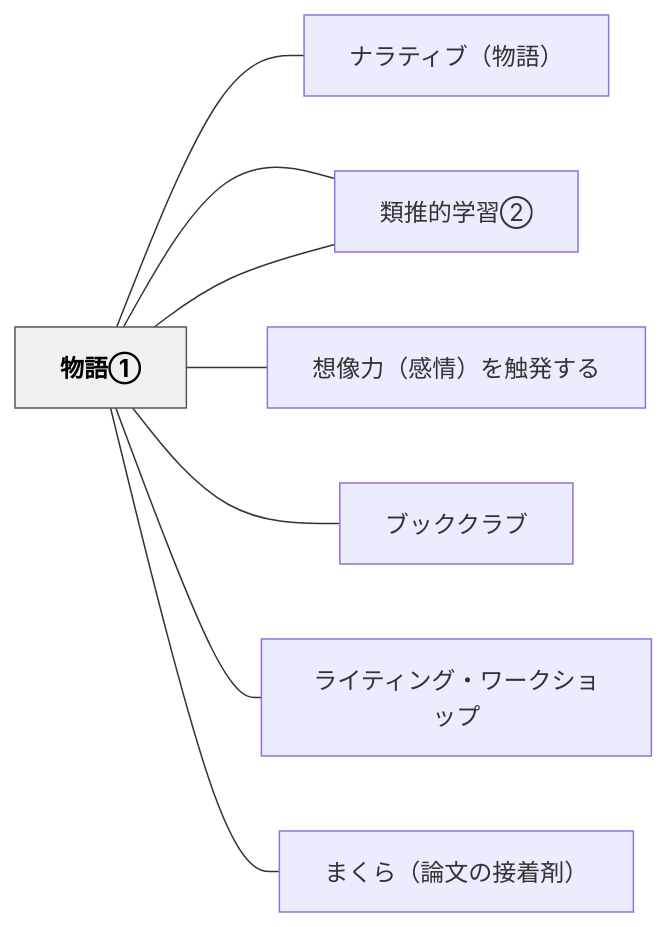
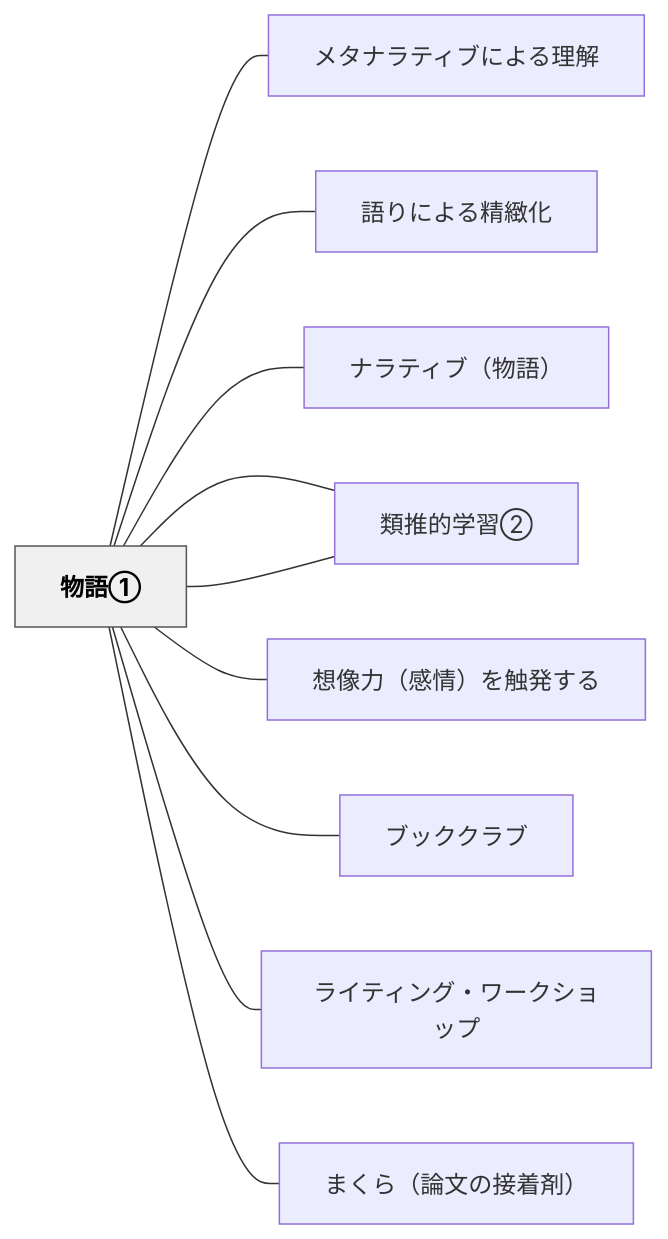
The diagram in content/パタン/物語①.md (unknownthings-ed-patterns/unknownthings-ed-patterns), drawn with Mermaid before and after one commit. The commit also changed other lines of this file and 473 other files, not shown here.

````diff
--- a/content/パタン/物語①.md
+++ b/content/パタン/物語①.md
@@ -74,22 +76,26 @@
 ```mermaid
 flowchart LR
     ne789a9e8aa9e["物語①"]
+    ne383a1e382bf["メタナラティブによる理解"]
+    ne8aa9ee3828a["語りによる精緻化"]
     ne3838ae383a9["ナラティブ（物語）"]
     ne9a19ee68ea8["類推的学習①"]
     ne683b3e5838f["想像力（感情）を触発する"]
     ne9a19ee68ea8["類推的学習②"]
     ne38396e38383["ブッククラブ"]
     ne383a9e382a4["ライティング・ワークショップ"]
     ne381bee3818f["まくら（論文の接着剤）"]
 
+    ne789a9e8aa9e --- ne383a1e382bf
+    ne789a9e8aa9e --- ne8aa9ee3828a
     ne789a9e8aa9e --- ne3838ae383a9
     ne789a9e8aa9e --- ne9a19ee68ea8
     ne789a9e8aa9e --- ne683b3e5838f
     ne789a9e8aa9e --- ne9a19ee68ea8
     ne789a9e8aa9e --- ne38396e38383
     ne789a9e8aa9e --- ne383a9e382a4
     ne789a9e8aa9e --- ne381bee3818f
 
     classDef hub fill:#f0f0f0,stroke:#555,color:#000,font-weight:bold
     class ne789a9e8aa9e hub
 ```
````
